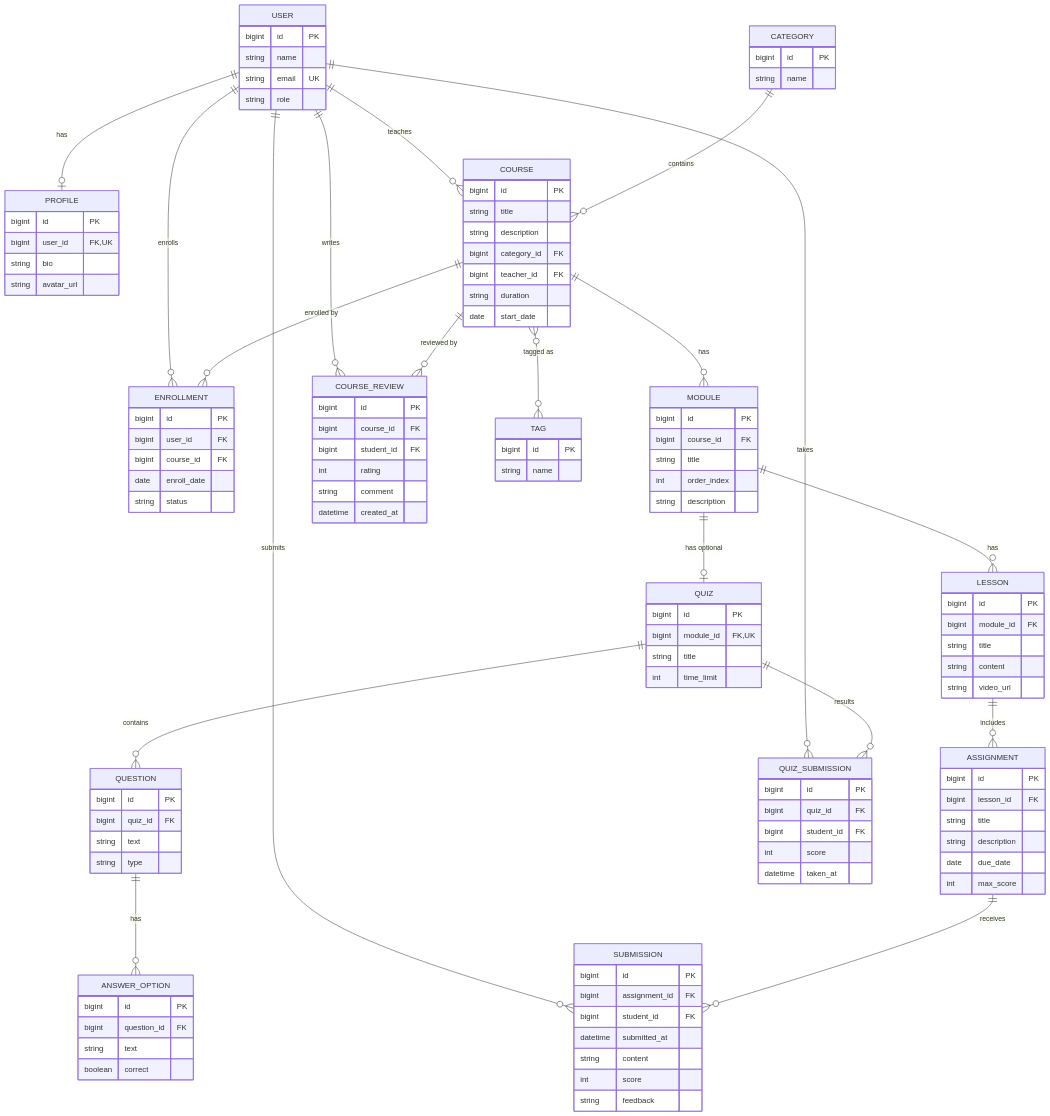
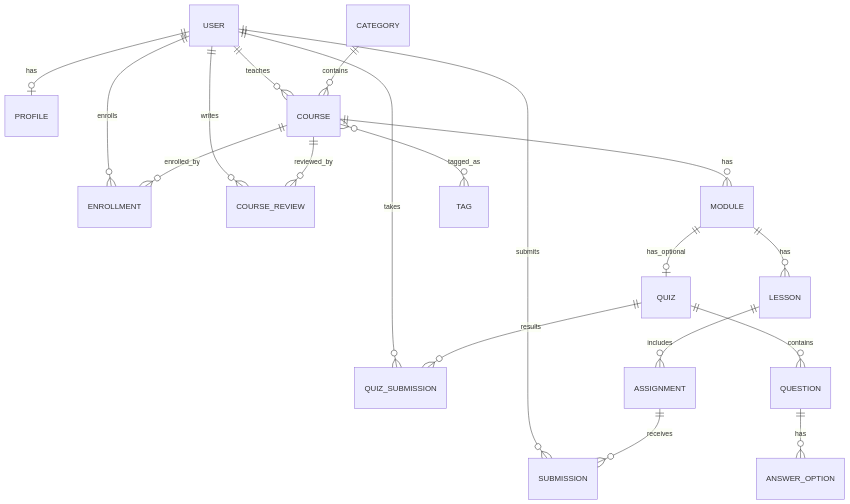
Before and after one commit to TvKerman/lms-spring-jpa: the diagram in README.md, drawn with Mermaid. The commit also changed other lines of this file, not shown here.

Commit message:
docs: add README with setup, API, architecture and testing

````diff
--- a/README.md
+++ b/README.md
@@ -1,149 +223,21 @@
 ```mermaid
 erDiagram
-
-    USER {
-        bigint id PK
-        string name
-        string email UK
-        string role
-    }
-
-    PROFILE {
-        bigint id PK
-        bigint user_id FK,UK
-        string bio
-        string avatar_url
-    }
-
-    CATEGORY {
-        bigint id PK
-        string name
-    }
-
-    COURSE {
-        bigint id PK
-        string title
-        string description
-        bigint category_id FK
-        bigint teacher_id FK
-        string duration
-        date start_date
-    }
-
-    ENROLLMENT {
-        bigint id PK
-        bigint user_id FK
-        bigint course_id FK
-        date enroll_date
-        string status
-    }
-
-    MODULE {
-        bigint id PK
-        bigint course_id FK
-        string title
-        int order_index
-        string description
-    }
-
-    LESSON {
-        bigint id PK
-        bigint module_id FK
-        string title
-        string content
-        string video_url
-    }
-
-    ASSIGNMENT {
-        bigint id PK
-        bigint lesson_id FK
-        string title
-        string description
-        date due_date
-        int max_score
-    }
-
-    SUBMISSION {
-        bigint id PK
-        bigint assignment_id FK
-        bigint student_id FK
-        datetime submitted_at
-        string content
-        int score
-        string feedback
-    }
-
-    QUIZ {
-        bigint id PK
-        bigint module_id FK,UK
-        string title
-        int time_limit
-    }
-
-    QUESTION {
-        bigint id PK
-        bigint quiz_id FK
-        string text
-        string type
-    }
-
-    ANSWER_OPTION {
-        bigint id PK
-        bigint question_id FK
-        string text
-        boolean correct
-    }
-
-    QUIZ_SUBMISSION {
-        bigint id PK
-        bigint quiz_id FK
-        bigint student_id FK
-        int score
-        datetime taken_at
-    }
-
-    COURSE_REVIEW {
-        bigint id PK
-        bigint course_id FK
-        bigint student_id FK
-        int rating
-        string comment
-        datetime created_at
-    }
-
-    TAG {
-        bigint id PK
-        string name
-    }
-
-    %% ==== 1-1 ====
-    USER ||--o| PROFILE : "has"
-    MODULE ||--o| QUIZ : "has optional"
-
-    %% ==== 1-M ====
-    USER ||--o{ COURSE : "teaches"
-    USER ||--o{ ENROLLMENT : "enrolls"
-    USER ||--o{ SUBMISSION : "submits"
-    USER ||--o{ QUIZ_SUBMISSION : "takes"
-    USER ||--o{ COURSE_REVIEW : "writes"
-
-    CATEGORY ||--o{ COURSE : "contains"
-
-    COURSE ||--o{ MODULE : "has"
-    COURSE ||--o{ ENROLLMENT : "enrolled by"
-    COURSE ||--o{ COURSE_REVIEW : "reviewed by"
-
-    MODULE ||--o{ LESSON : "has"
-
-    LESSON ||--o{ ASSIGNMENT : "includes"
-
-    ASSIGNMENT ||--o{ SUBMISSION : "receives"
-
-    QUIZ ||--o{ QUESTION : "contains"
-    QUIZ ||--o{ QUIZ_SUBMISSION : "results"
-
-    QUESTION ||--o{ ANSWER_OPTION : "has"
-
-    %% ==== M-M ====
-    COURSE }o--o{ TAG : "tagged as"
+    USER ||--o| PROFILE : has
+    USER ||--o{ COURSE : teaches
+    USER ||--o{ ENROLLMENT : enrolls
+    USER ||--o{ SUBMISSION : submits
+    USER ||--o{ QUIZ_SUBMISSION : takes
+    USER ||--o{ COURSE_REVIEW : writes
+    CATEGORY ||--o{ COURSE : contains
+    COURSE ||--o{ MODULE : has
+    COURSE ||--o{ ENROLLMENT : enrolled_by
+    COURSE ||--o{ COURSE_REVIEW : reviewed_by
+    COURSE }o--o{ TAG : tagged_as
+    MODULE ||--o{ LESSON : has
+    MODULE ||--o| QUIZ : has_optional
+    LESSON ||--o{ ASSIGNMENT : includes
+    ASSIGNMENT ||--o{ SUBMISSION : receives
+    QUIZ ||--o{ QUESTION : contains
+    QUIZ ||--o{ QUIZ_SUBMISSION : results
+    QUESTION ||--o{ ANSWER_OPTION : has
 ```
````
